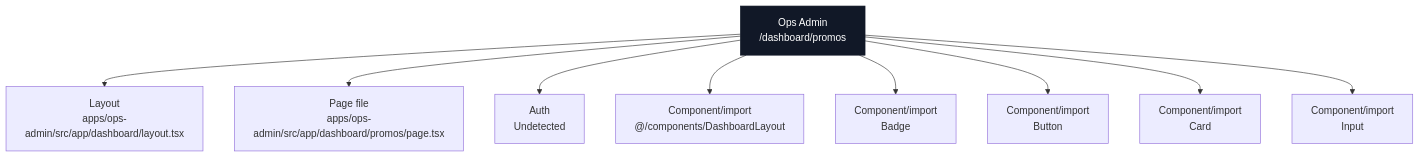
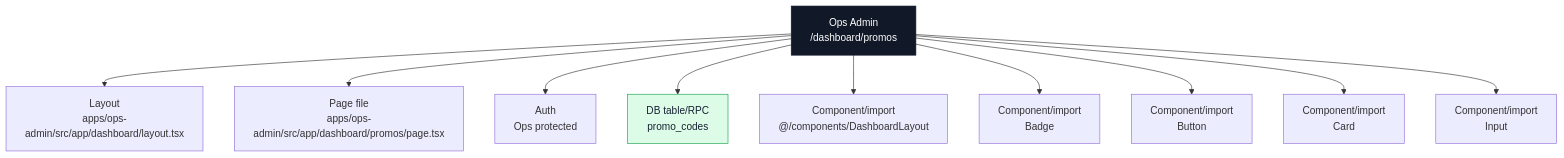
Diagram 34 of 40 in docs/architecture/codebase-map/pages/ops-admin-pages.md (Ritenoob/ridendine-marketplace), drawn with Mermaid before and after one commit. The commit also changed other lines of this file and 34 other files, not shown here.

````diff
--- a/docs/architecture/codebase-map/pages/ops-admin-pages.md
+++ b/docs/architecture/codebase-map/pages/ops-admin-pages.md
@@ -2543,25 +2564,28 @@
 ```mermaid
 flowchart TB
   Page["Ops Admin<br/>/dashboard/promos"]
   Layout["Layout<br/>apps/ops-admin/src/app/dashboard/layout.tsx"]
   File["Page file<br/>apps/ops-admin/src/app/dashboard/promos/page.tsx"]
-  Auth["Auth<br/>Undetected"]
+  Auth["Auth<br/>Ops protected"]
   Page --> Layout
   Page --> File
   Page --> Auth
+  Table0["DB table/RPC<br/>promo_codes"]
+  Page --> Table0
   Component0["Component/import<br/>@/components/DashboardLayout"]
   Page --> Component0
   Component1["Component/import<br/>Badge"]
   Page --> Component1
   Component2["Component/import<br/>Button"]
   Page --> Component2
   Component3["Component/import<br/>Card"]
   Page --> Component3
   Component4["Component/import<br/>Input"]
   Page --> Component4
   classDef page fill:#111827,stroke:#111827,color:#ffffff
   classDef data fill:#dcfce7,stroke:#16a34a,color:#172033
   classDef api fill:#dbeafe,stroke:#2563eb,color:#172033
   classDef warn fill:#fef3c7,stroke:#f59e0b,color:#172033
   class Page page
+  class Table0 data
 ```
````
